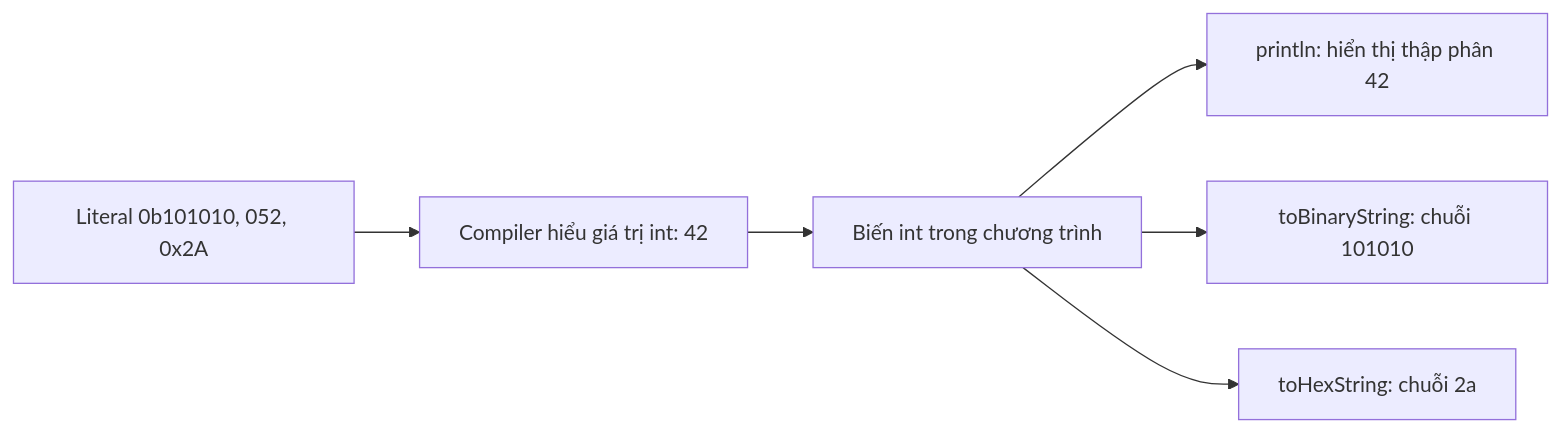
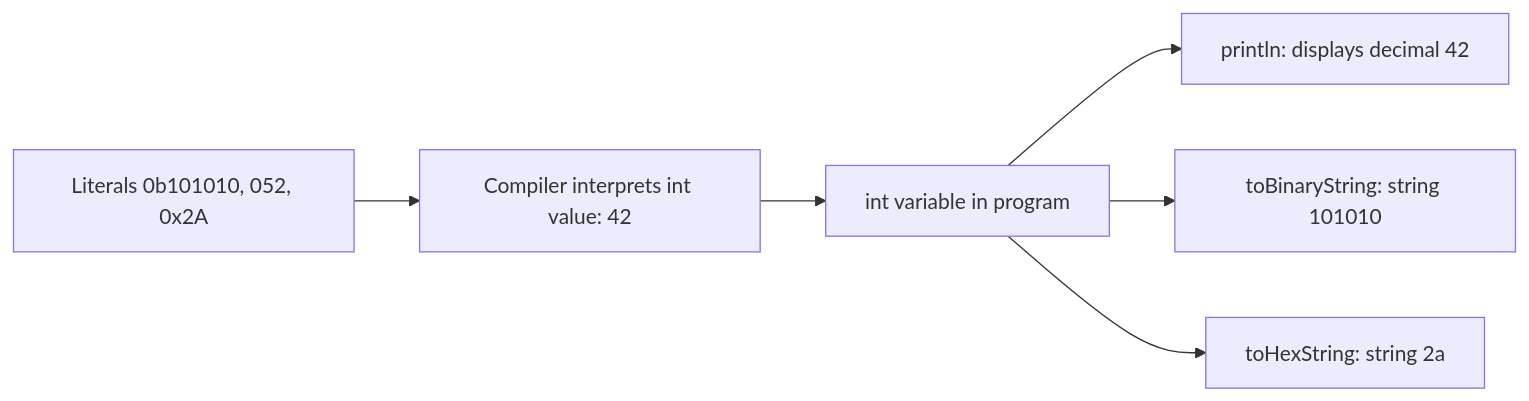
The diagram in module/platform/development/programming/language/java/core/language-basics/content/knowledge/en/5.literals/literals-001.md (phuongnguyenit93/learning-platform-data), drawn with Mermaid before and after one commit. The commit also changed other lines of this file and 2307 other files, not shown here.

```diff
--- a/module/platform/development/programming/language/java/core/language-basics/content/knowledge/en/5.literals/literals-001.md
+++ b/module/platform/development/programming/language/java/core/language-basics/content/knowledge/en/5.literals/literals-001.md
@@ -118,8 +118,8 @@
 ~~~mermaid
 flowchart LR
-    A["Literal 0b101010, 052, 0x2A"] --> B["Compiler hiểu giá trị int: 42"]
-    B --> C["Biến int trong chương trình"]
-    C --> D["println: hiển thị thập phân 42"]
-    C --> E["toBinaryString: chuỗi 101010"]
-    C --> F["toHexString: chuỗi 2a"]
+    A["Literals 0b101010, 052, 0x2A"] --> B["Compiler interprets int value: 42"]
+    B --> C["int variable in program"]
+    C --> D["println: displays decimal 42"]
+    C --> E["toBinaryString: string 101010"]
+    C --> F["toHexString: string 2a"]
 ~~~
```
